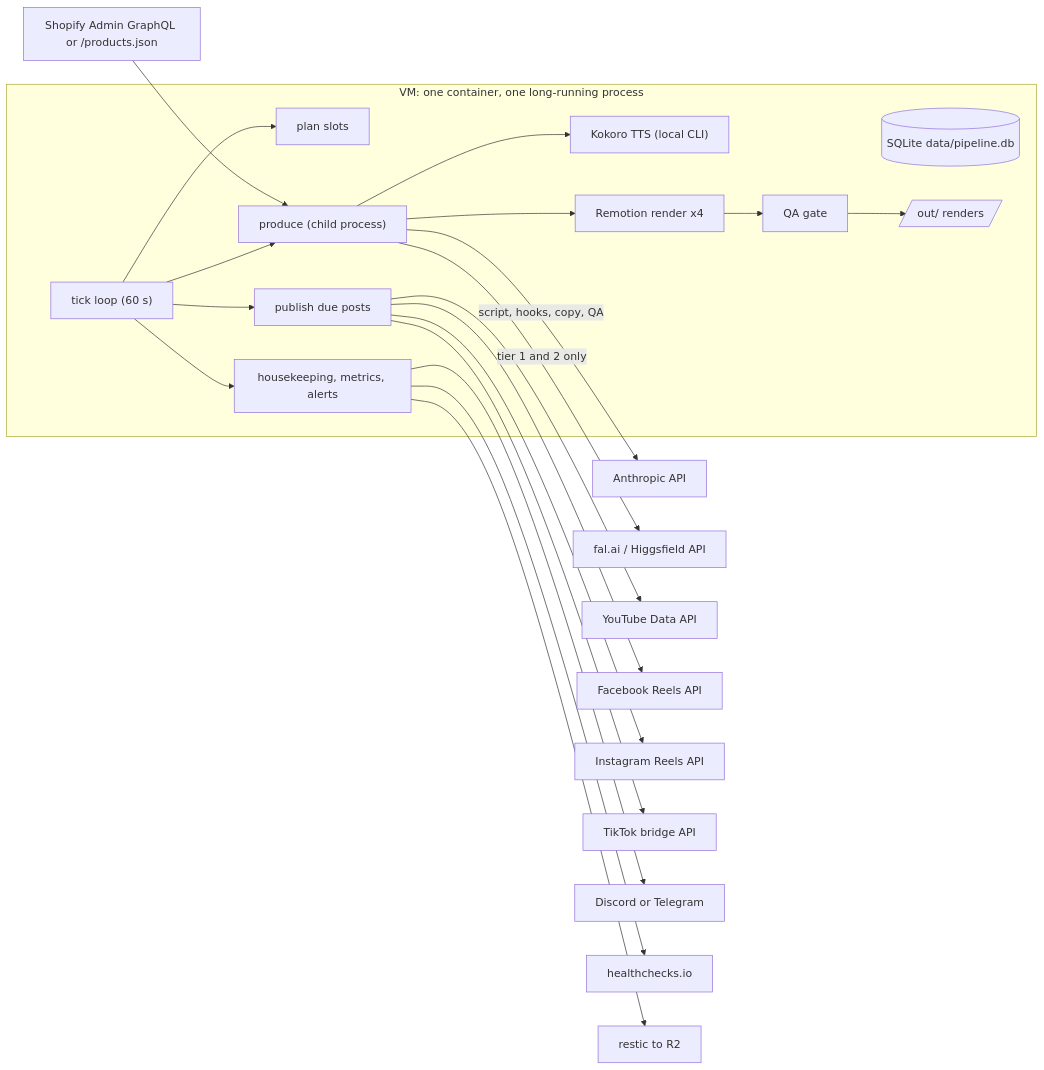
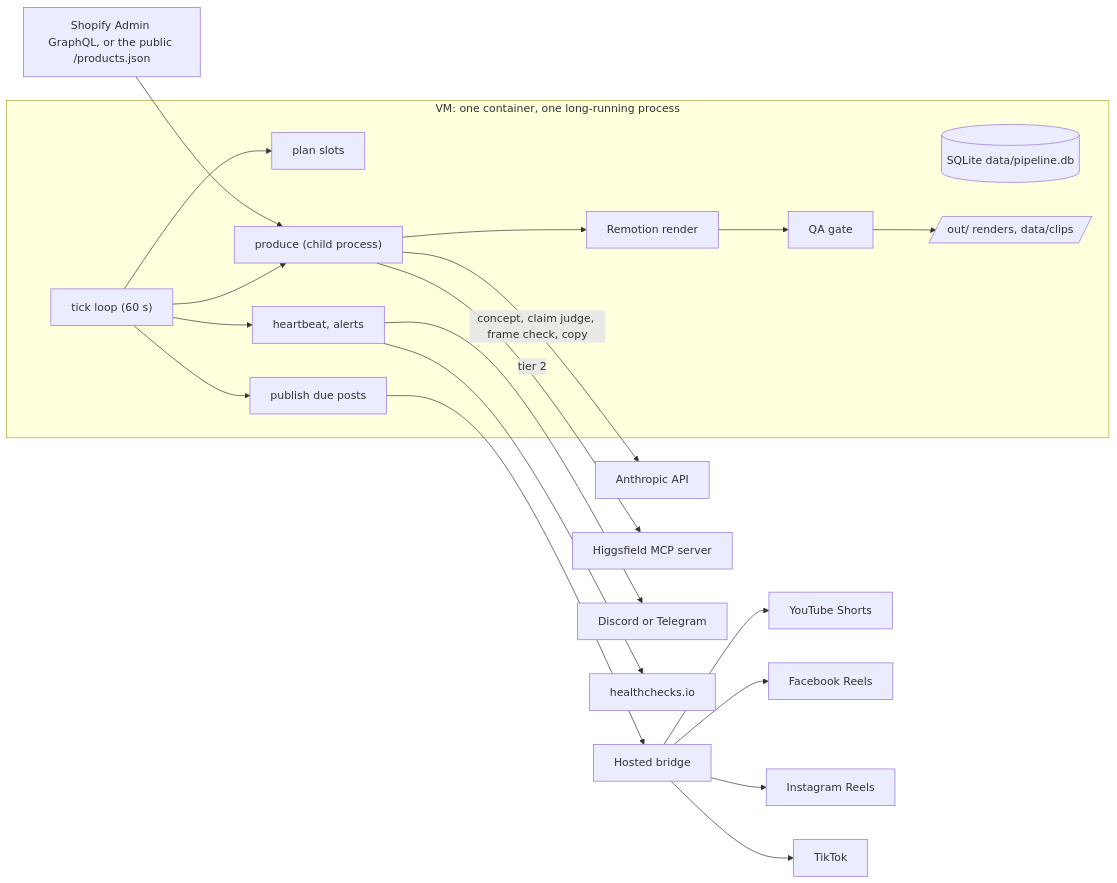
One commit to haashirk20/ds-automation-pipeline changed the diagram in docs/ARCHITECTURE.md. Above: the diagram before and after it, drawn with Mermaid. The commit also changed other lines of this file and 51 other files, not shown here.

First line of the commit message:
fix: keep paid clips and possibly-live posts safe; calibrate the frame check and copy live

````diff
--- a/docs/ARCHITECTURE.md
+++ b/docs/ARCHITECTURE.md
@@ -28,26 +36,25 @@
 ```mermaid
 flowchart LR
   subgraph VM["VM: one container, one long-running process"]
     LOOP["tick loop (60 s)"]
     LOOP --> PLAN["plan slots"]
     LOOP --> PROD["produce (child process)"]
     LOOP --> PUB["publish due posts"]
-    LOOP --> OPS["housekeeping, metrics, alerts"]
+    LOOP --> HB["heartbeat, alerts"]
     DB[("SQLite data/pipeline.db")]
-    OUT[/"out/ renders"/]
-    PROD --> TTS["Kokoro TTS (local CLI)"]
-    PROD --> REN["Remotion render x4"]
+    OUT[/"out/ renders, data/clips"/]
+    PROD --> REN["Remotion render"]
     REN --> QA["QA gate"]
     QA --> OUT
   end
-  SHOP["Shopify Admin GraphQL or /products.json"] --> PROD
-  PROD -- "script, hooks, copy, QA" --> LLM["Anthropic API"]
-  PROD -- "tier 1 and 2 only" --> CLIP["fal.ai / Higgsfield API"]
-  PUB --> YT["YouTube Data API"]
-  PUB --> FB["Facebook Reels API"]
-  PUB --> IG["Instagram Reels API"]
-  PUB --> TT["TikTok bridge API"]
-  OPS --> ALERT["Discord or Telegram"]
-  OPS --> HC["healthchecks.io"]
-  OPS --> BK["restic to R2"]
+  SHOP["Shopify Admin GraphQL, or the public /products.json"] --> PROD
+  PROD -- "concept, claim judge, frame check, copy" --> LLM["Anthropic API"]
+  PROD -- "tier 2" --> HF["Higgsfield MCP server"]
+  PUB --> BR["Hosted bridge"]
+  BR --> YT["YouTube Shorts"]
+  BR --> FB["Facebook Reels"]
+  BR --> IG["Instagram Reels"]
+  BR --> TT["TikTok"]
+  HB --> ALERT["Discord or Telegram"]
+  HB --> HC["healthchecks.io"]
 ```
````
